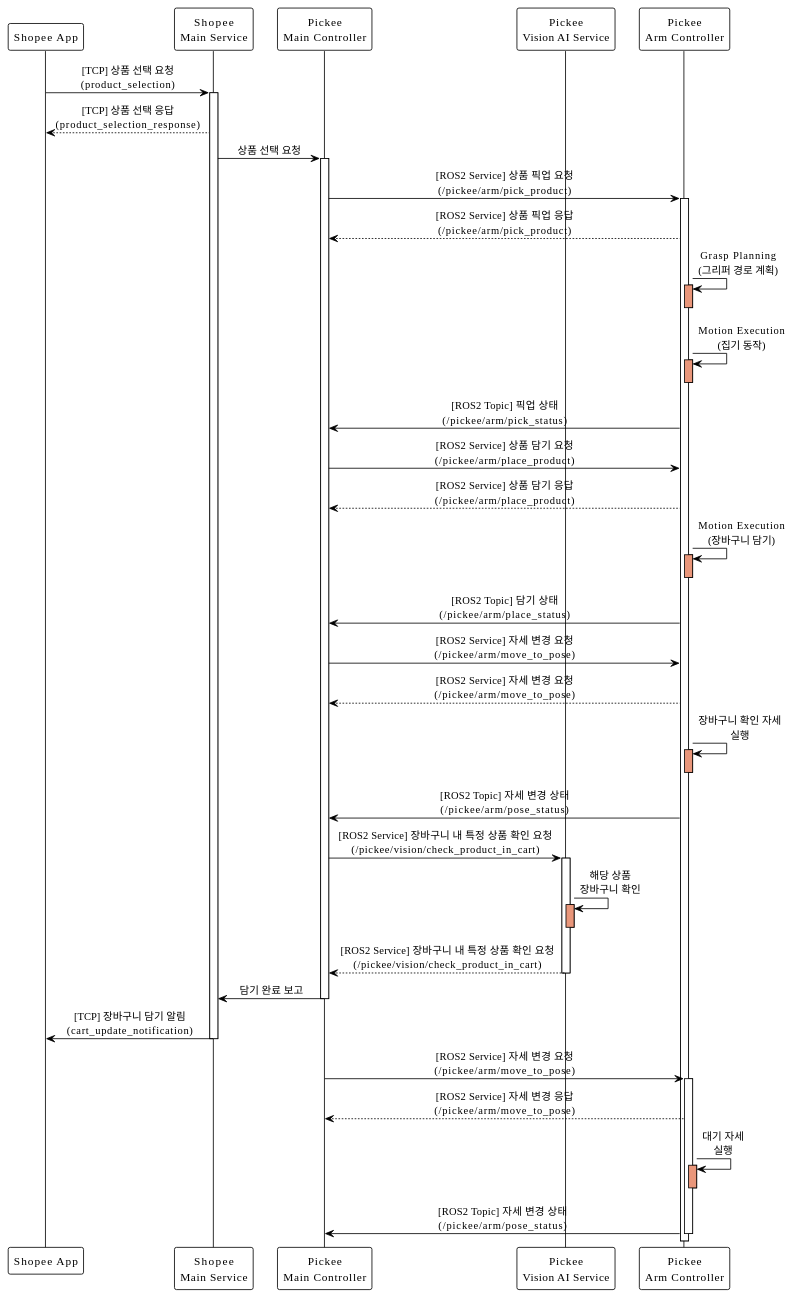
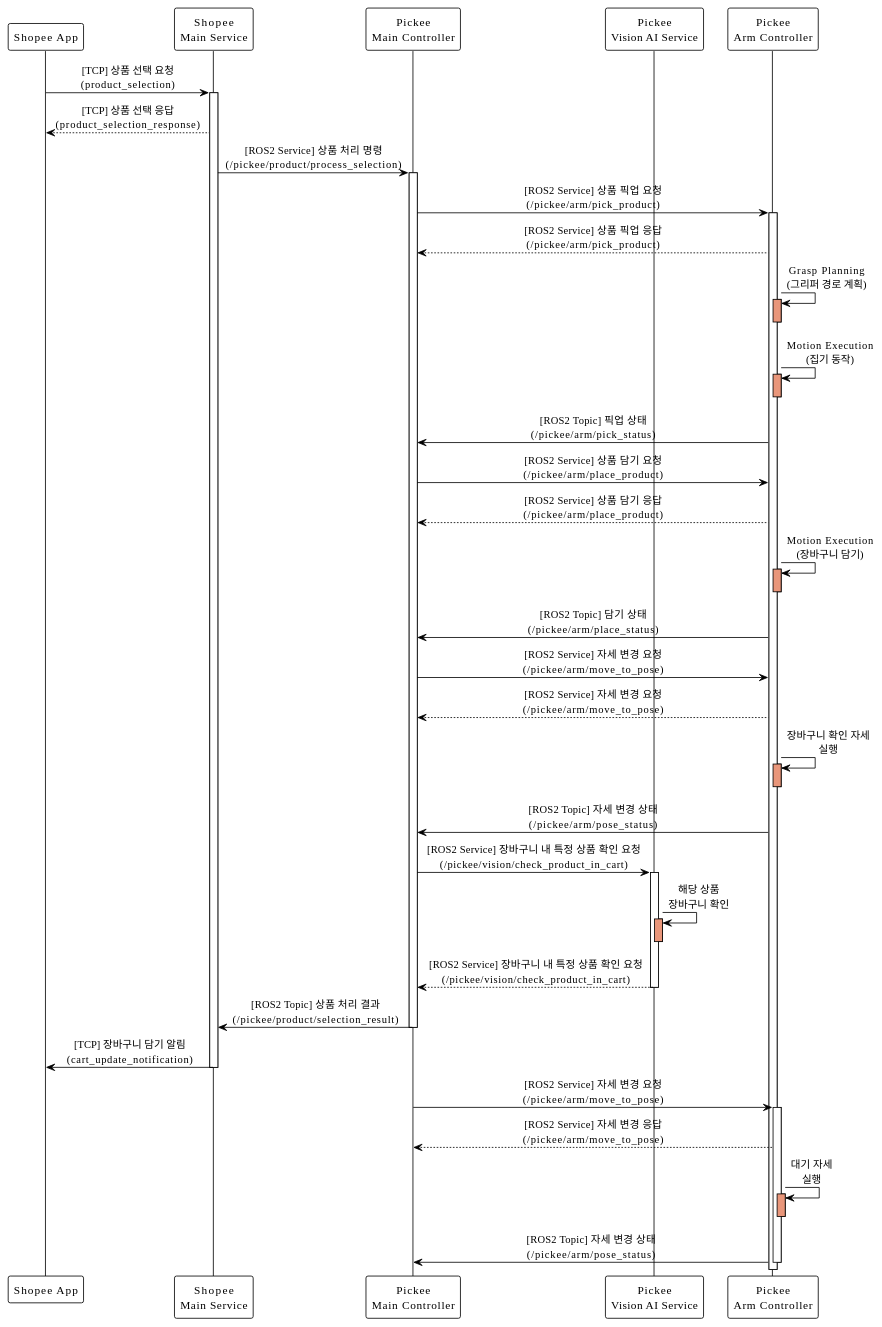
One commit to addinedu-roscamp-7th/roscamp-repo-1 changed the diagram in docs/SequenceDiagram/SC_02_4.md. Above: the diagram before and after it, drawn with PlantUML. The commit also changed 12 other files, not shown here.

```diff
--- a/docs/SequenceDiagram/SC_02_4.md
+++ b/docs/SequenceDiagram/SC_02_4.md
@@ -14,7 +14,7 @@
 
 main --> app: [TCP] 상품 선택 응답\n(product_selection_response)
 
-main -> pickee_main: 상품 선택 요청
+main -> pickee_main: [ROS2 Service] 상품 처리 명령\n(/pickee/product/process_selection)
 activate pickee_main
 
 pickee_main -> pickee_arm: [ROS2 Service] 상품 픽업 요청\n(/pickee/arm/pick_product)
@@ -62,7 +62,7 @@
 vision --> pickee_main: [ROS2 Service] 장바구니 내 특정 상품 확인 요청\n(/pickee/vision/check_product_in_cart)
 deactivate vision
 
-pickee_main -> main: 담기 완료 보고
+pickee_main -> main: [ROS2 Topic] 상품 처리 결과\n(/pickee/product/selection_result)
 deactivate pickee_main
 
 main -> app: [TCP] 장바구니 담기 알림\n(cart_update_notification)
```
